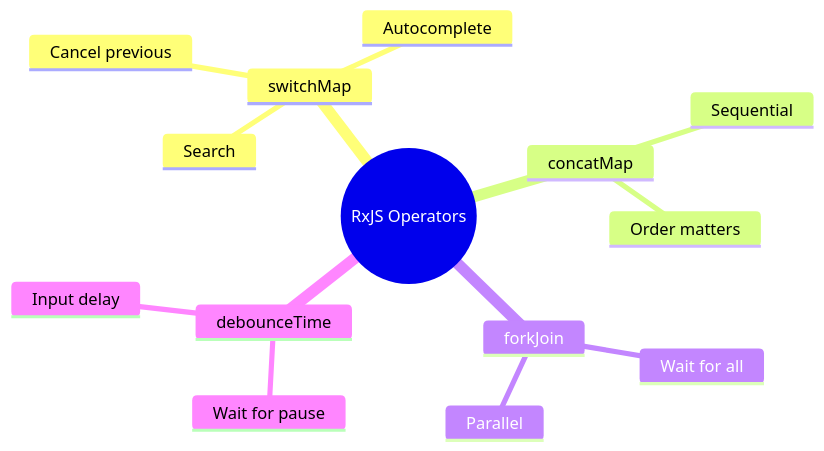
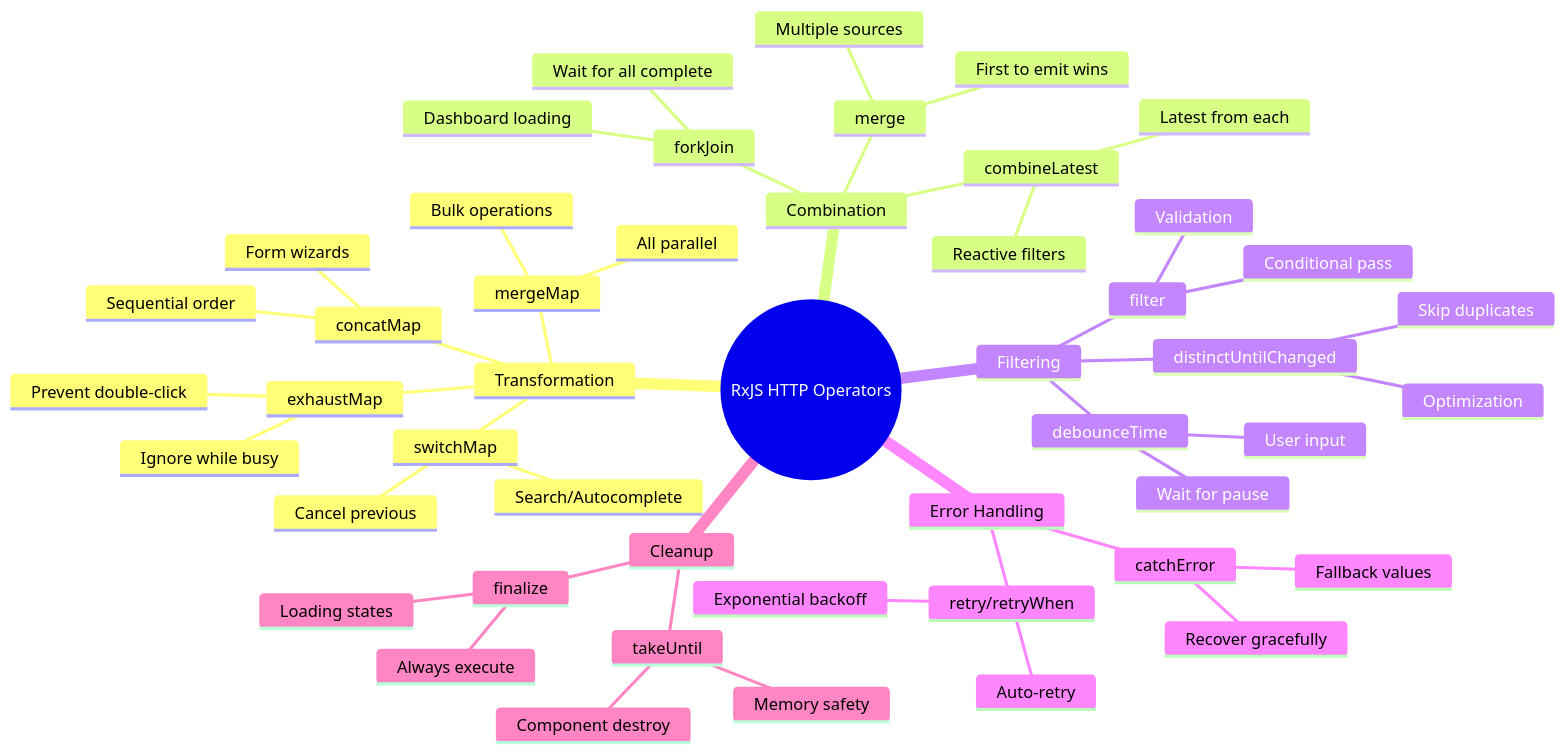
The fifth of 5 diagrams in src/app/features/http-client/components/use-case-6/guide.md (Vijay-Barapatre/Angular-feature), drawn with Mermaid before and after one commit. The commit also changed other lines of this file and 112 other files, not shown here.

````diff
--- a/src/app/features/http-client/components/use-case-6/guide.md
+++ b/src/app/features/http-client/components/use-case-6/guide.md
@@ -127,17 +721,51 @@
 ```mermaid
 mindmap
-  root((RxJS Operators))
-    switchMap
-      Cancel previous
-      Autocomplete
-      Search
-    concatMap
-      Sequential
-      Order matters
-    forkJoin
-      Wait for all
-      Parallel
-    debounceTime
-      Wait for pause
-      Input delay
+    root((RxJS HTTP Operators))
+        Transformation
+            switchMap
+                Cancel previous
+                Search/Autocomplete
+            concatMap
+                Sequential order
+                Form wizards
+            mergeMap
+                All parallel
+                Bulk operations
+            exhaustMap
+                Ignore while busy
+                Prevent double-click
+        Combination
+            forkJoin
+                Wait for all complete
+                Dashboard loading
+            combineLatest
+                Latest from each
+                Reactive filters
+            merge
+                First to emit wins
+                Multiple sources
+        Filtering
+            debounceTime
+                Wait for pause
+                User input
+            distinctUntilChanged
+                Skip duplicates
+                Optimization
+            filter
+                Conditional pass
+                Validation
+        Error Handling
+            catchError
+                Recover gracefully
+                Fallback values
+            retry/retryWhen
+                Auto-retry
+                Exponential backoff
+        Cleanup
+            takeUntil
+                Component destroy
+                Memory safety
+            finalize
+                Always execute
+                Loading states
 ```
````
